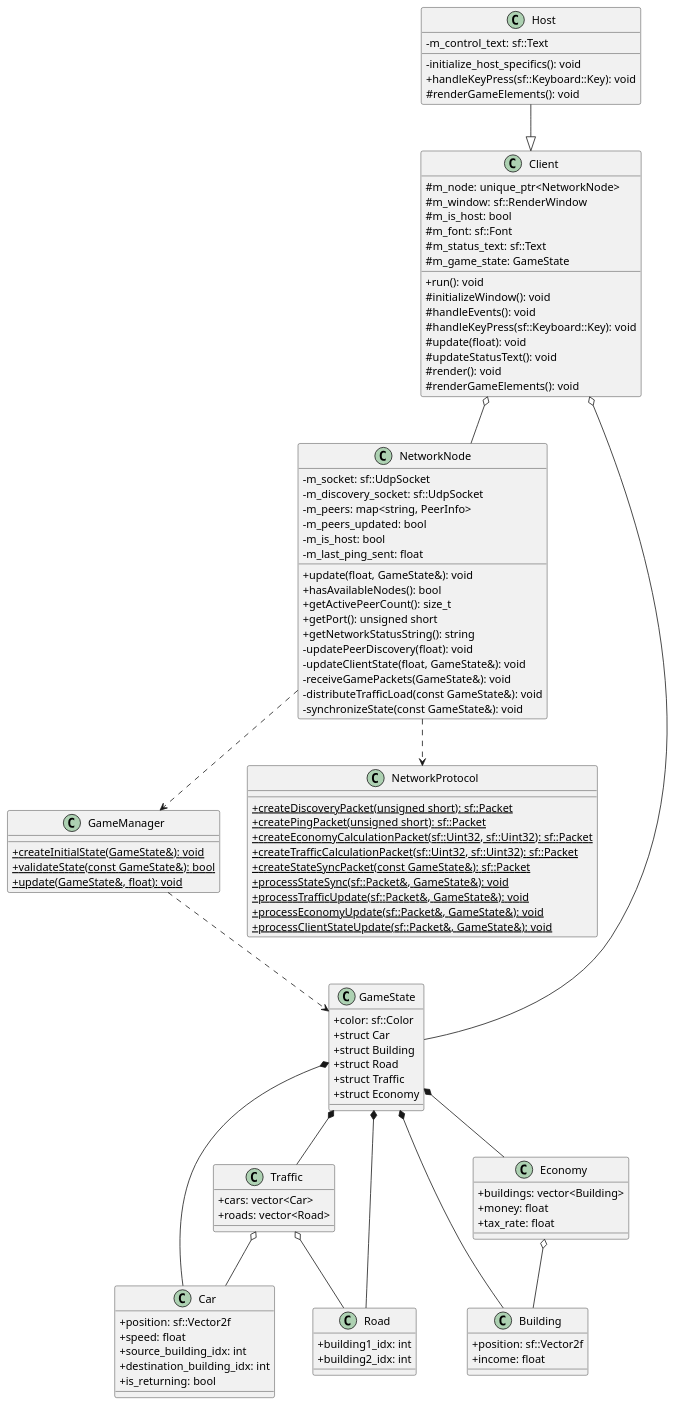
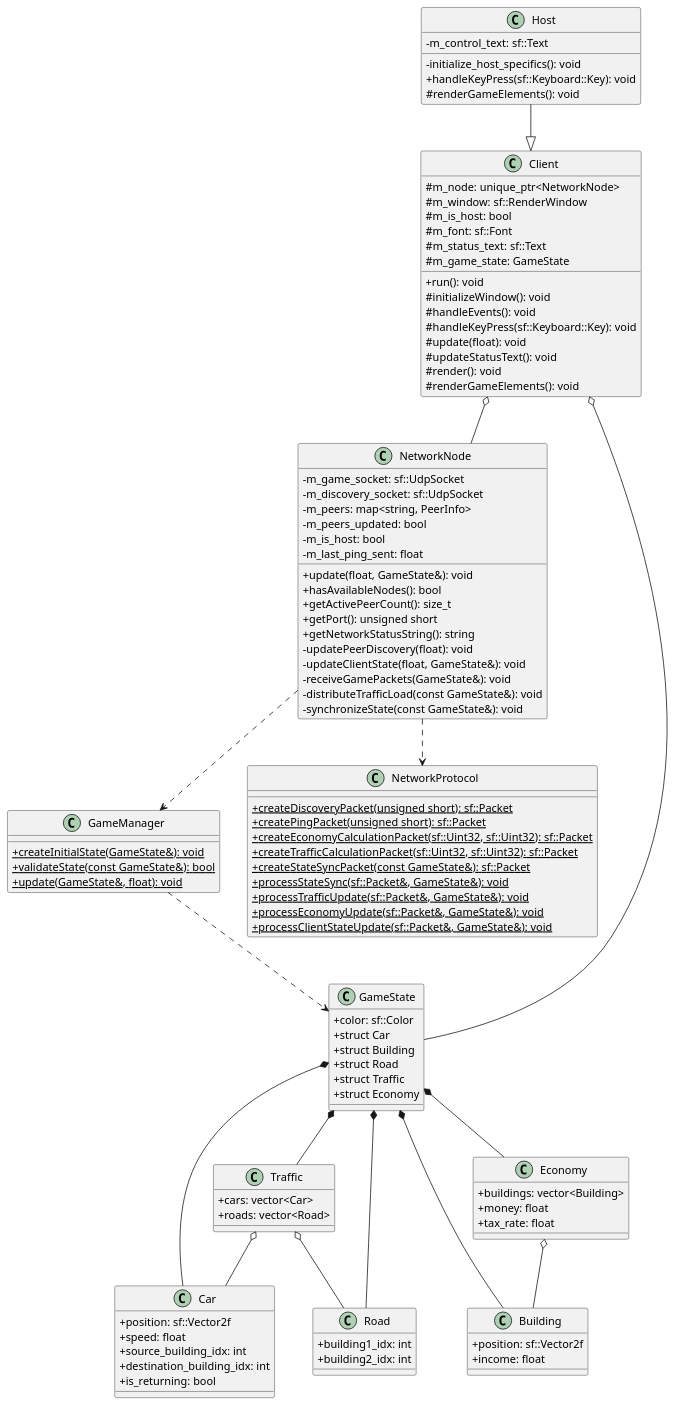
Before and after one commit to Lecrapouille/BacASable: the diagram in Cpp/Peer2Peer/classes.plantuml, drawn with PlantUML. The commit also changed 8 other files, not shown here.

```diff
--- a/Cpp/Peer2Peer/classes.plantuml
+++ b/Cpp/Peer2Peer/classes.plantuml
@@ -1,119 +1,119 @@
 @startuml
 skinparam classAttributeIconSize 0
 
 class GameState {
     +color: sf::Color
     +struct Car
     +struct Building
     +struct Road
     +struct Traffic
     +struct Economy
 }
 
 class Car {
     +position: sf::Vector2f
     +speed: float
     +source_building_idx: int
     +destination_building_idx: int
     +is_returning: bool
 }
 
 class Building {
     +position: sf::Vector2f
     +income: float
 }
 
 class Road {
     +building1_idx: int
     +building2_idx: int
 }
 
 class Traffic {
     +cars: vector<Car>
     +roads: vector<Road>
 }
 
 class Economy {
     +buildings: vector<Building>
     +money: float
     +tax_rate: float
 }
 
 class GameManager {
     +{static} createInitialState(GameState&): void
     +{static} validateState(const GameState&): bool
     +{static} update(GameState&, float): void
 }
 
 class NetworkNode {
-    -m_socket: sf::UdpSocket
+    -m_game_socket: sf::UdpSocket
     -m_discovery_socket: sf::UdpSocket
     -m_peers: map<string, PeerInfo>
     -m_peers_updated: bool
     -m_is_host: bool
     -m_last_ping_sent: float
     +update(float, GameState&): void
     +hasAvailableNodes(): bool
     +getActivePeerCount(): size_t
     +getPort(): unsigned short
     +getNetworkStatusString(): string
     -updatePeerDiscovery(float): void
     -updateClientState(float, GameState&): void
     -receiveGamePackets(GameState&): void
     -distributeTrafficLoad(const GameState&): void
     -synchronizeState(const GameState&): void
 }
 
 class Client {
     #m_node: unique_ptr<NetworkNode>
     #m_window: sf::RenderWindow
     #m_is_host: bool
     #m_font: sf::Font
     #m_status_text: sf::Text
     #m_game_state: GameState
     +run(): void
     #initializeWindow(): void
     #handleEvents(): void
     #handleKeyPress(sf::Keyboard::Key): void
     #update(float): void
     #updateStatusText(): void
     #render(): void
     #renderGameElements(): void
 }
 
 class Host {
     -m_control_text: sf::Text
     -initialize_host_specifics(): void
     +handleKeyPress(sf::Keyboard::Key): void
     #renderGameElements(): void
 }
 
 class NetworkProtocol {
     +{static} createDiscoveryPacket(unsigned short): sf::Packet
     +{static} createPingPacket(unsigned short): sf::Packet
     +{static} createEconomyCalculationPacket(sf::Uint32, sf::Uint32): sf::Packet
     +{static} createTrafficCalculationPacket(sf::Uint32, sf::Uint32): sf::Packet
     +{static} createStateSyncPacket(const GameState&): sf::Packet
     +{static} processStateSync(sf::Packet&, GameState&): void
     +{static} processTrafficUpdate(sf::Packet&, GameState&): void
     +{static} processEconomyUpdate(sf::Packet&, GameState&): void
     +{static} processClientStateUpdate(sf::Packet&, GameState&): void
 }
 
 GameState *-- Car
 GameState *-- Building
 GameState *-- Road
 GameState *-- Traffic
 GameState *-- Economy
 Traffic o-- Car
 Traffic o-- Road
 Economy o-- Building
 
 Host --|> Client
 Client o-- NetworkNode
 Client o-- GameState
 NetworkNode ..> NetworkProtocol
 NetworkNode ..> GameManager
 GameManager ..> GameState
 
 @enduml 
```
